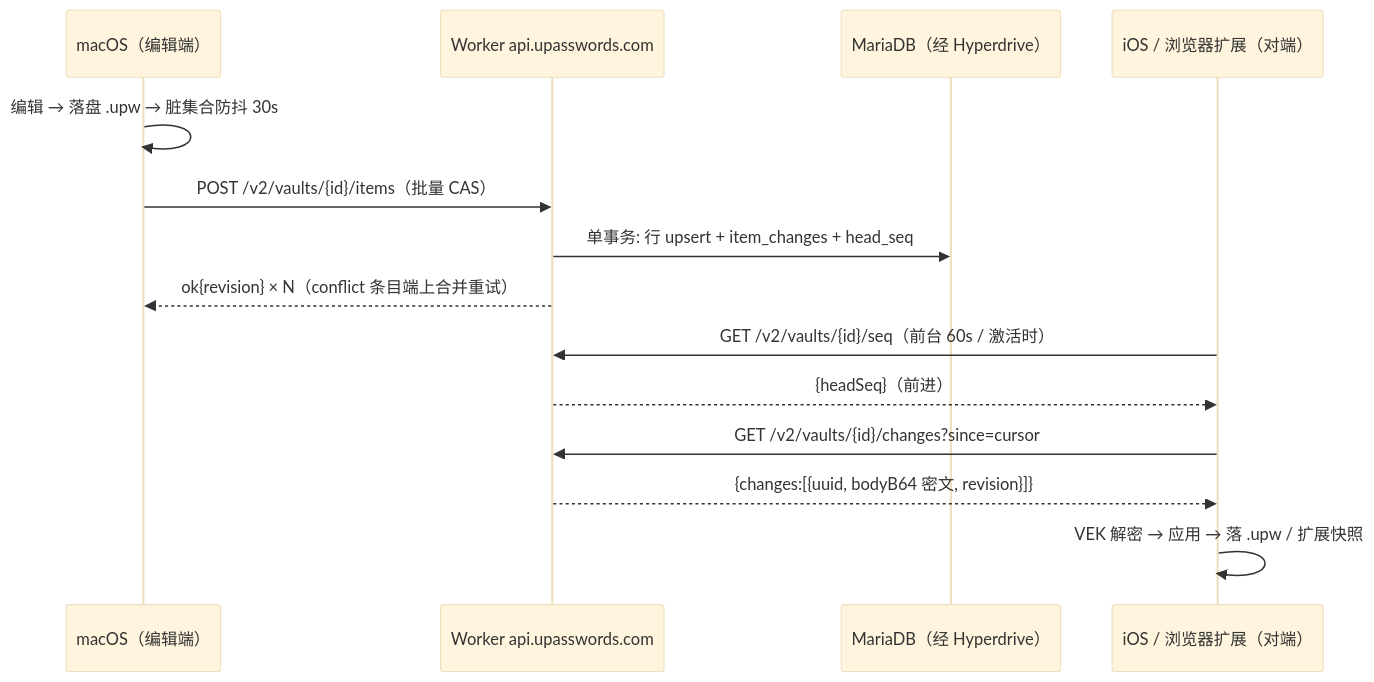
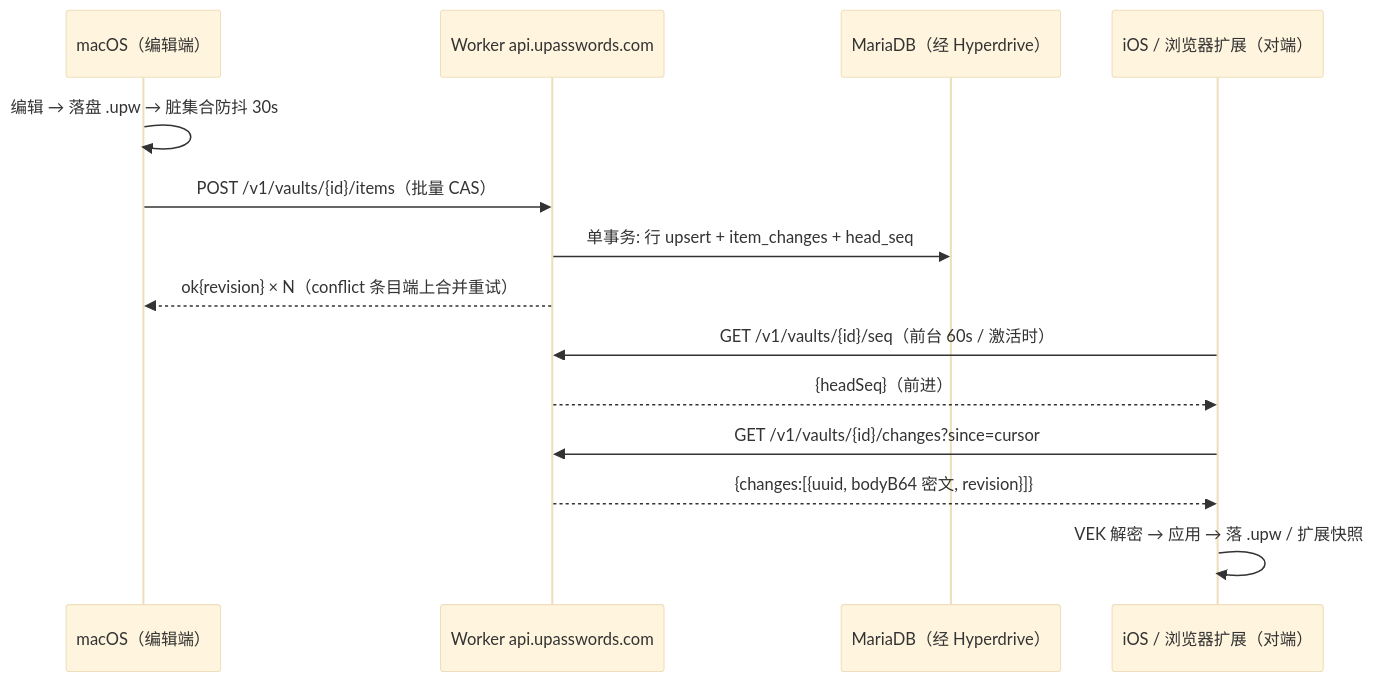
The third of 3 diagrams in Cloud/DESIGN.md (Lizhen0628/UPasswords), drawn with Mermaid (base theme) before and after one commit. The commit also changed other lines of this file and 15 other files, not shown here.

````diff
--- a/Cloud/DESIGN.md
+++ b/Cloud/DESIGN.md
@@ -558,16 +559,16 @@
 ```mermaid
 sequenceDiagram
     participant M as macOS（编辑端）
     participant W as Worker api.upasswords.com
     participant DB as MariaDB（经 Hyperdrive）
     participant I as iOS / 浏览器扩展（对端）
     M->>M: 编辑 → 落盘 .upw → 脏集合防抖 30s
-    M->>W: POST /v2/vaults/{id}/items（批量 CAS）
+    M->>W: POST /v1/vaults/{id}/items（批量 CAS）
     W->>DB: 单事务: 行 upsert + item_changes + head_seq
     W-->>M: ok{revision} × N（conflict 条目端上合并重试）
-    I->>W: GET /v2/vaults/{id}/seq（前台 60s / 激活时）
+    I->>W: GET /v1/vaults/{id}/seq（前台 60s / 激活时）
     W-->>I: {headSeq}（前进）
-    I->>W: GET /v2/vaults/{id}/changes?since=cursor
+    I->>W: GET /v1/vaults/{id}/changes?since=cursor
     W-->>I: {changes:[{uuid, bodyB64 密文, revision}]}
     I->>I: VEK 解密 → 应用 → 落 .upw / 扩展快照
 ```
````
